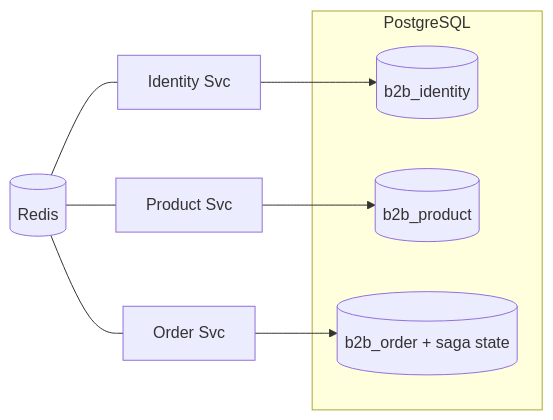
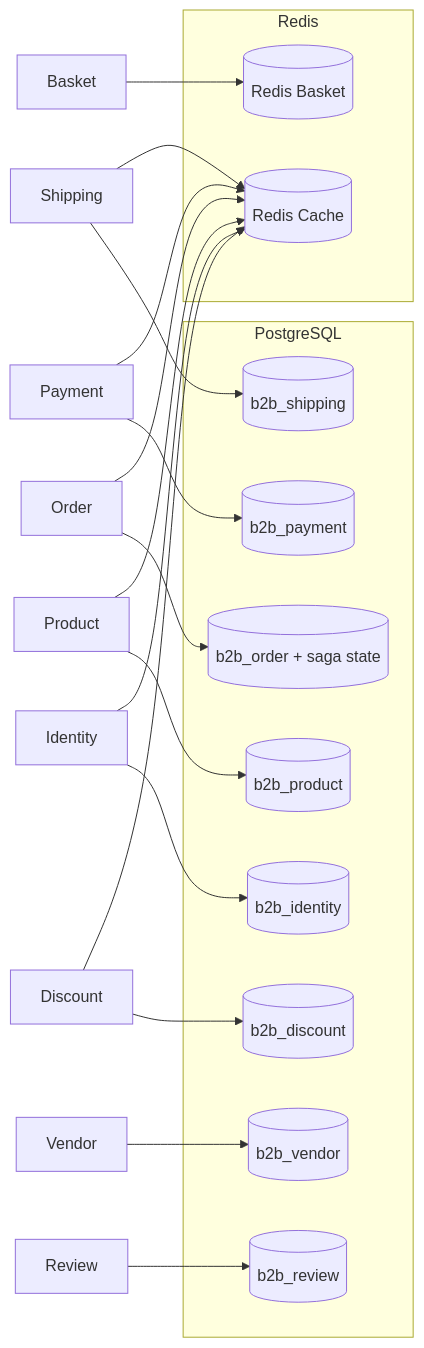
One commit to 4bitsteams/B2B-Microservice-Modern-Architecture changed the third of 4 diagrams in docs/HLD.md. Above: the diagram before and after it, drawn with Mermaid. The commit also changed other lines of this file and 27 other files, not shown here.

````diff
--- a/docs/HLD.md
+++ b/docs/HLD.md
@@ -115,15 +139,29 @@
 ```mermaid
 flowchart LR
   subgraph PostgreSQL
     DB1[(b2b_identity)]
     DB2[(b2b_product)]
     DB3[(b2b_order + saga state)]
+    DB4[(b2b_payment)]
+    DB5[(b2b_shipping)]
+    DB6[(b2b_vendor)]
+    DB7[(b2b_discount)]
+    DB8[(b2b_review)]
   end
 
-  Id[Identity Svc] --> DB1
-  Pr[Product Svc] --> DB2
-  Or[Order Svc] --> DB3
-  Cache[(Redis)] --- Id
-  Cache --- Pr
-  Cache --- Or
+  subgraph Redis
+    RCache[(Redis Cache)]
+    RBasket[(Redis Basket)]
+  end
+
+  Id[Identity] --> DB1
+  Pr[Product] --> DB2
+  Or[Order] --> DB3
+  Pa[Payment] --> DB4
+  Sh[Shipping] --> DB5
+  Vn[Vendor] --> DB6
+  Ds[Discount] --> DB7
+  Rv[Review] --> DB8
+  Ba[Basket] --> RBasket
+  Id & Pr & Or & Pa & Sh & Ds --> RCache
 ```
````
